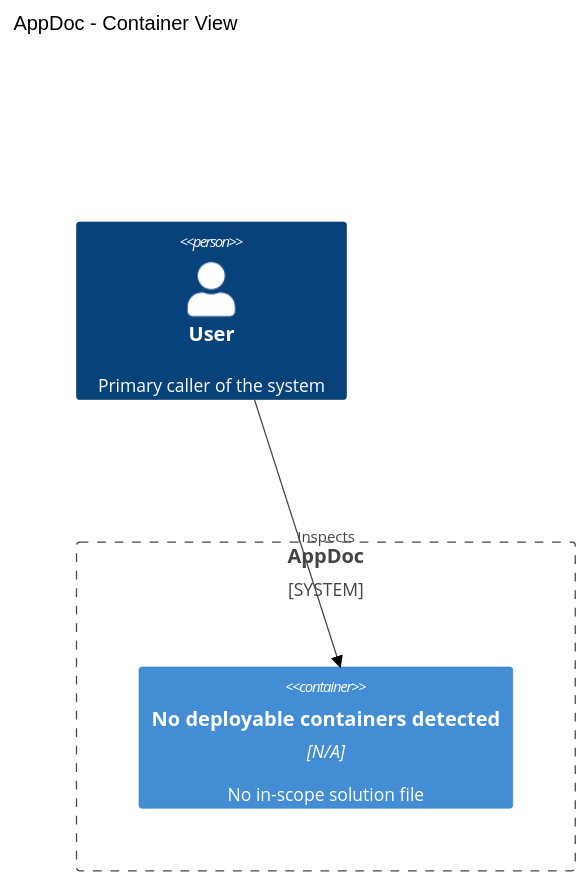
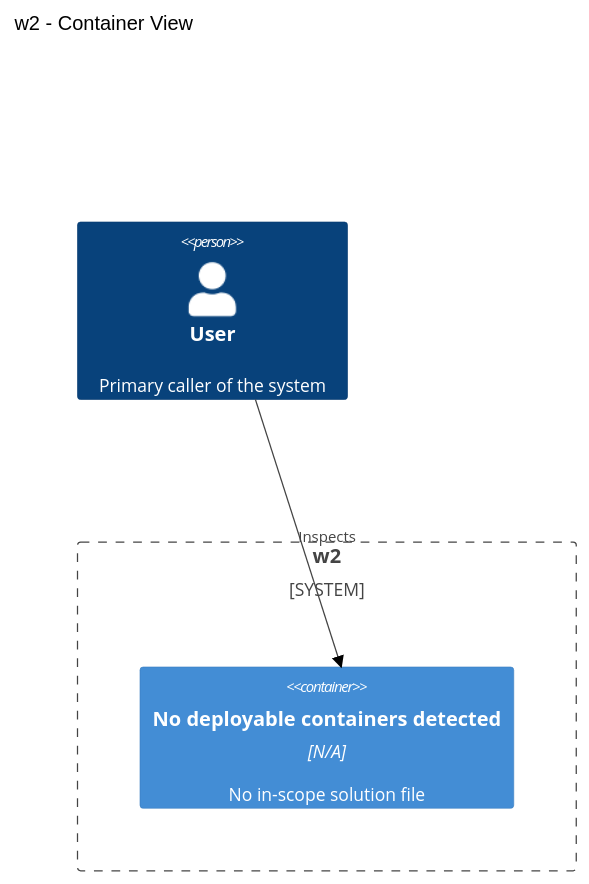
Before and after one commit to HeWhoRoams/AppDoc: the diagram in docs/diagrams/c4-container.md, drawn with Mermaid (forest theme). The commit also changed other lines of this file and 224 other files, not shown here.

````diff
--- a/docs/diagrams/c4-container.md
+++ b/docs/diagrams/c4-container.md
@@ -14,9 +14,9 @@
 ```mermaid
 C4Container
-title AppDoc - Container View
+title w2 - Container View
 Person(user, "User", "Primary caller of the system")
-System_Boundary(system_boundary, "AppDoc") {
+System_Boundary(system_boundary, "w2") {
   Container(no_containers, "No deployable containers detected", "N/A", "No in-scope solution file")
 }
 Rel(user, no_containers, "Inspects")
 ```
````
